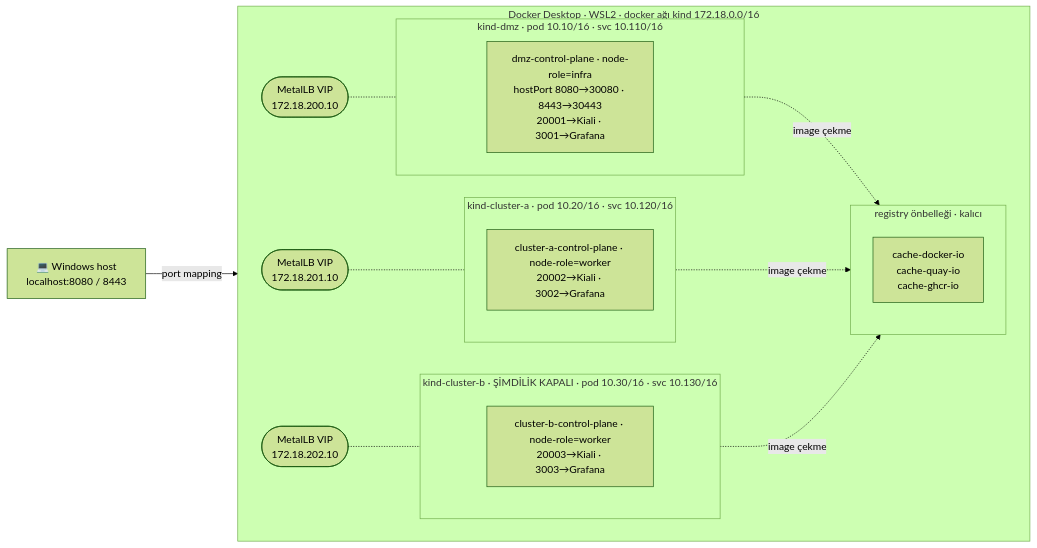
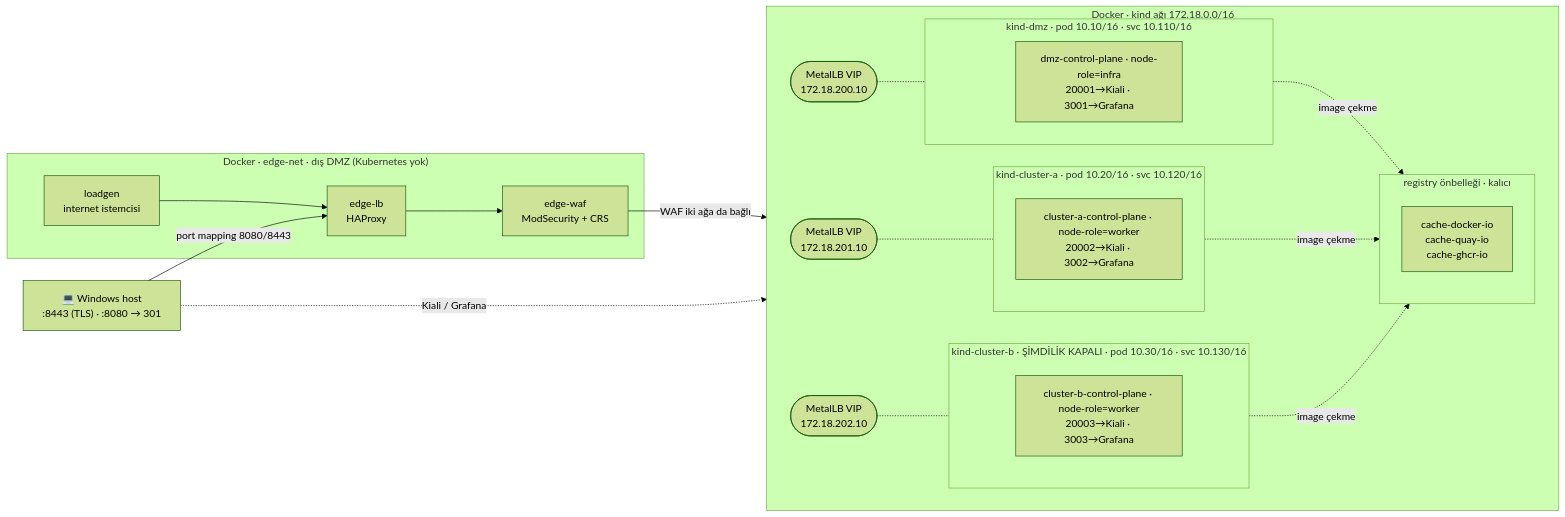
One commit to olgunyldz/service-mesh-lab changed the first of 10 diagrams in README.md. Above: the diagram before and after it, drawn with Mermaid (forest theme). The commit also changed other lines of this file and 26 other files, not shown here.

First line of the commit message:
Zone'lar: edge Kubernetes dışında (HAProxy + WAF), TLS, DMZ egress ile tek kapı

````diff
--- a/README.md
+++ b/README.md
@@ -56,29 +64,39 @@
 ```mermaid
 flowchart LR
-    host["💻 Windows host<br/>localhost:8080 / 8443"]
+    host["💻 Windows host<br/>:8443 (TLS) · :8080 → 301"]
 
-    subgraph docker["Docker Desktop · WSL2 · docker ağı kind 172.18.0.0/16"]
+    subgraph edgenet["Docker · edge-net · dış DMZ (Kubernetes yok)"]
+        elb["edge-lb<br/>HAProxy"]
+        lg["loadgen<br/>internet istemcisi"]
+        ewaf["edge-waf<br/>ModSecurity + CRS"]
+    end
+
+    subgraph docker["Docker · kind ağı 172.18.0.0/16"]
         direction LR
         subgraph dmz["kind-dmz · pod 10.10/16 · svc 10.110/16"]
-            dmzcp["dmz-control-plane · node-role=infra<br/>hostPort 8080→30080 · 8443→30443<br/>20001→Kiali · 3001→Grafana"]
+            dmzcp["dmz-control-plane · node-role=infra<br/>20001→Kiali · 3001→Grafana"]
         end
         subgraph ca["kind-cluster-a · pod 10.20/16 · svc 10.120/16"]
             cacp["cluster-a-control-plane · node-role=worker<br/>20002→Kiali · 3002→Grafana"]
         end
         subgraph cb["kind-cluster-b · ŞİMDİLİK KAPALI · pod 10.30/16 · svc 10.130/16"]
             cbcp["cluster-b-control-plane · node-role=worker<br/>20003→Kiali · 3003→Grafana"]
         end
         subgraph caches["registry önbelleği · kalıcı"]
             rc["cache-docker-io<br/>cache-quay-io<br/>cache-ghcr-io"]
         end
         lbd(["MetalLB VIP<br/>172.18.200.10"])
         lba(["MetalLB VIP<br/>172.18.201.10"])
         lbb(["MetalLB VIP<br/>172.18.202.10"])
     end
 
-    host -->|"port mapping"| dmzcp
+    host -->|"port mapping 8080/8443"| elb
+    lg --> elb
+    elb --> ewaf
+    ewaf -->|"WAF iki ağa da bağlı"| lbd
+    host -.->|"Kiali / Grafana"| dmzcp
     lbd -.- dmz
     lba -.- ca
     lbb -.- cb
     dmz & ca & cb -.->|"image çekme"| caches
 ```
````
